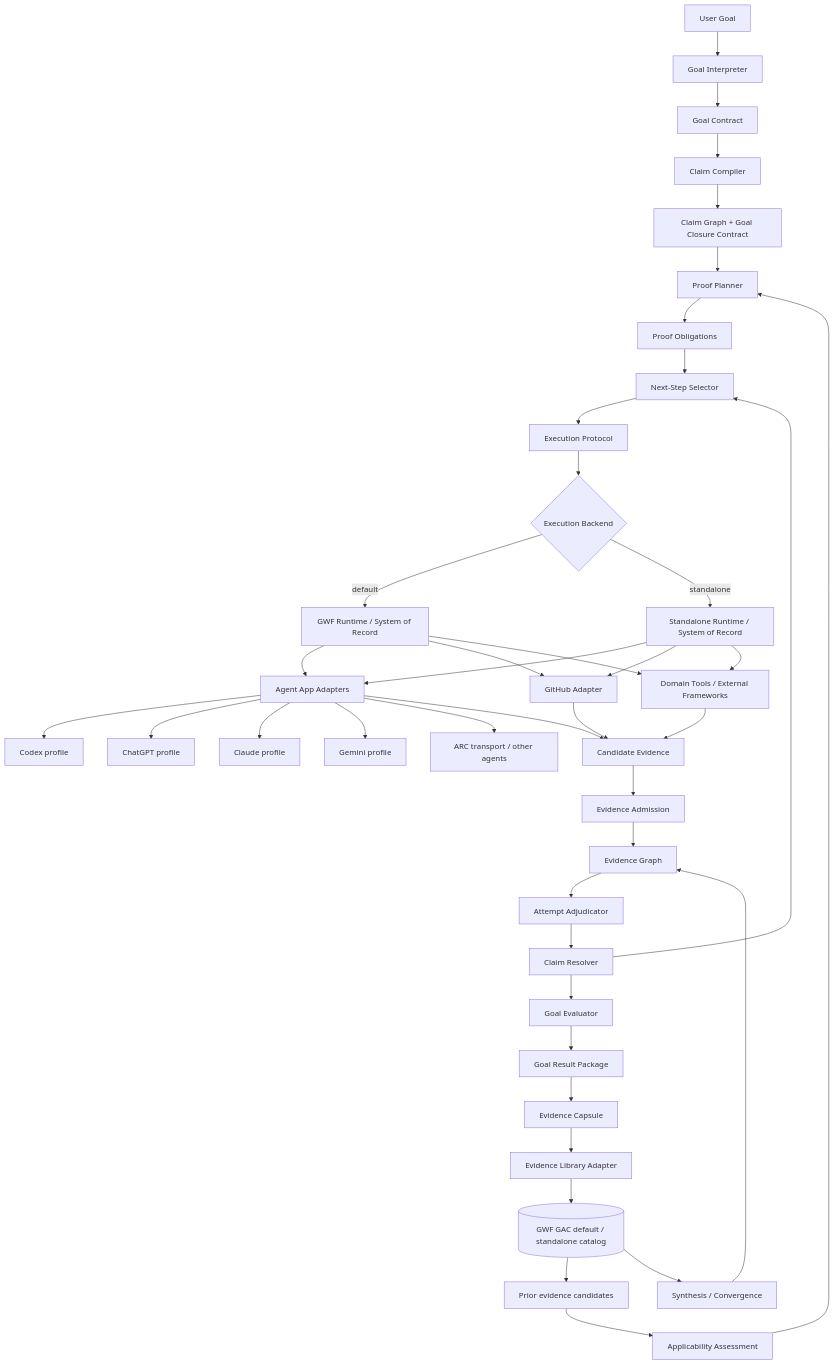
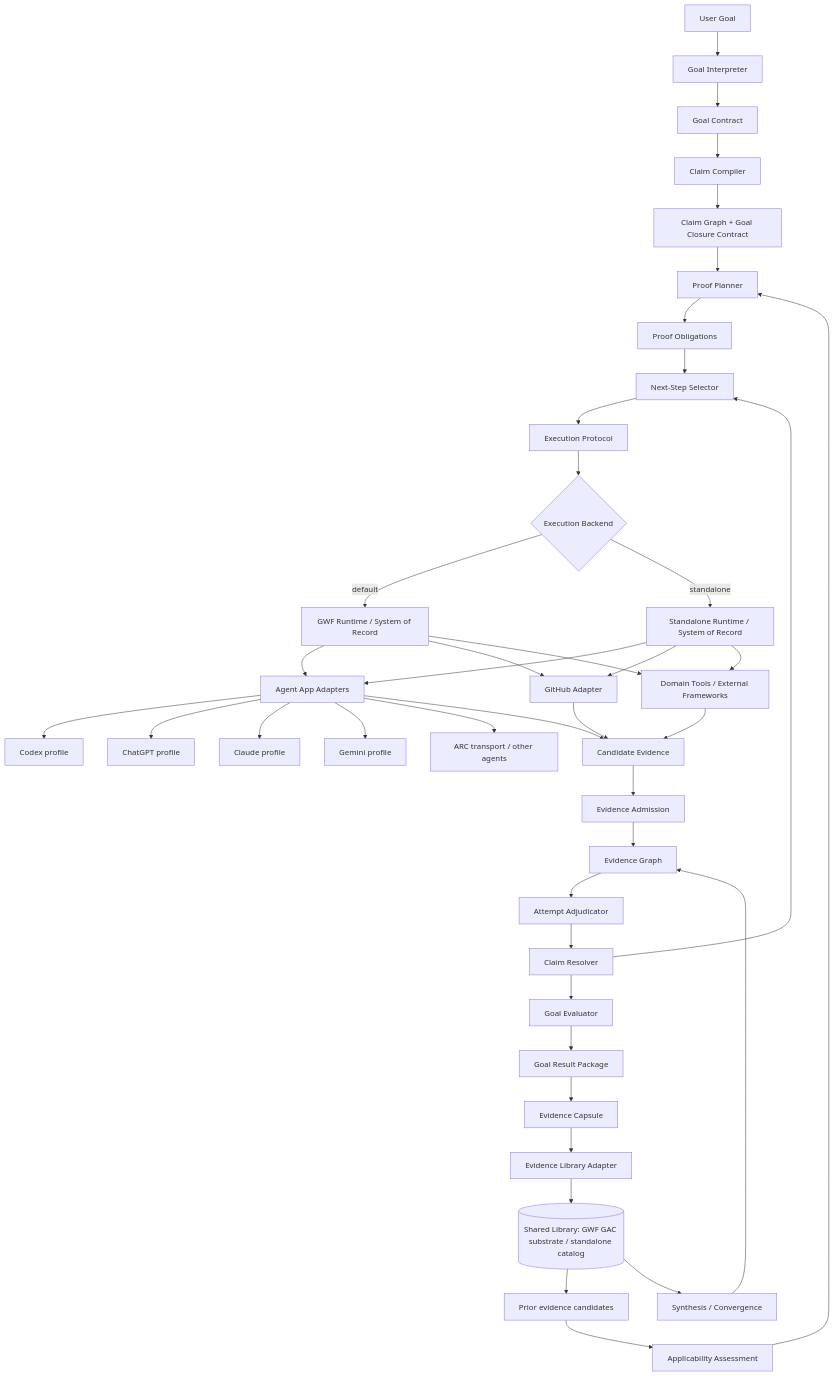
One commit to minhtri22/GWF changed the diagram in g2e/README.md. Above: the diagram before and after it, drawn with Mermaid. The commit also changed other lines of this file and 11 other files, not shown here.

Commit message:
docs: reconcile G2E with GWF shared library roadmap

````diff
--- a/g2e/README.md
+++ b/g2e/README.md
@@ -20,47 +20,47 @@
 ```mermaid
 flowchart TD
     U[User Goal] --> GI[Goal Interpreter]
     GI --> GC[Goal Contract]
     GC --> CC[Claim Compiler]
     CC --> CG[Claim Graph + Goal Closure Contract]
     CG --> PP[Proof Planner]
     PP --> PO[Proof Obligations]
     PO --> NS[Next-Step Selector]
 
     NS --> EP[Execution Protocol]
     EP --> EX{Execution Backend}
     EX -->|default| GWF[GWF Runtime / System of Record]
     EX -->|standalone| SR[Standalone Runtime / System of Record]
 
     GWF --> AA[Agent App Adapters]
     SR --> AA
     AA --> C1[Codex profile]
     AA --> C2[ChatGPT profile]
     AA --> C3[Claude profile]
     AA --> C4[Gemini profile]
     AA --> C5[ARC transport / other agents]
 
     GWF --> GH[GitHub Adapter]
     SR --> GH
     GWF --> TOOLS[Domain Tools / External Frameworks]
     SR --> TOOLS
 
     GH --> EV[Candidate Evidence]
     TOOLS --> EV
     AA --> EV
     EV --> EA[Evidence Admission]
     EA --> EG[Evidence Graph]
     EG --> ADJ[Attempt Adjudicator]
     ADJ --> CR[Claim Resolver]
     CR --> NS
     CR --> GV[Goal Evaluator]
     GV --> RP[Goal Result Package]
     RP --> EC[Evidence Capsule]
     EC --> LA[Evidence Library Adapter]
-    LA --> LIB[(GWF GAC default / standalone catalog)]
+    LA --> LIB[(Shared Library: GWF GAC substrate / standalone catalog)]
     LIB --> CAND[Prior evidence candidates]
     CAND --> APP[Applicability Assessment]
     APP --> PP
     LIB --> SYN[Synthesis / Convergence]
     SYN --> EG
 ```
````
